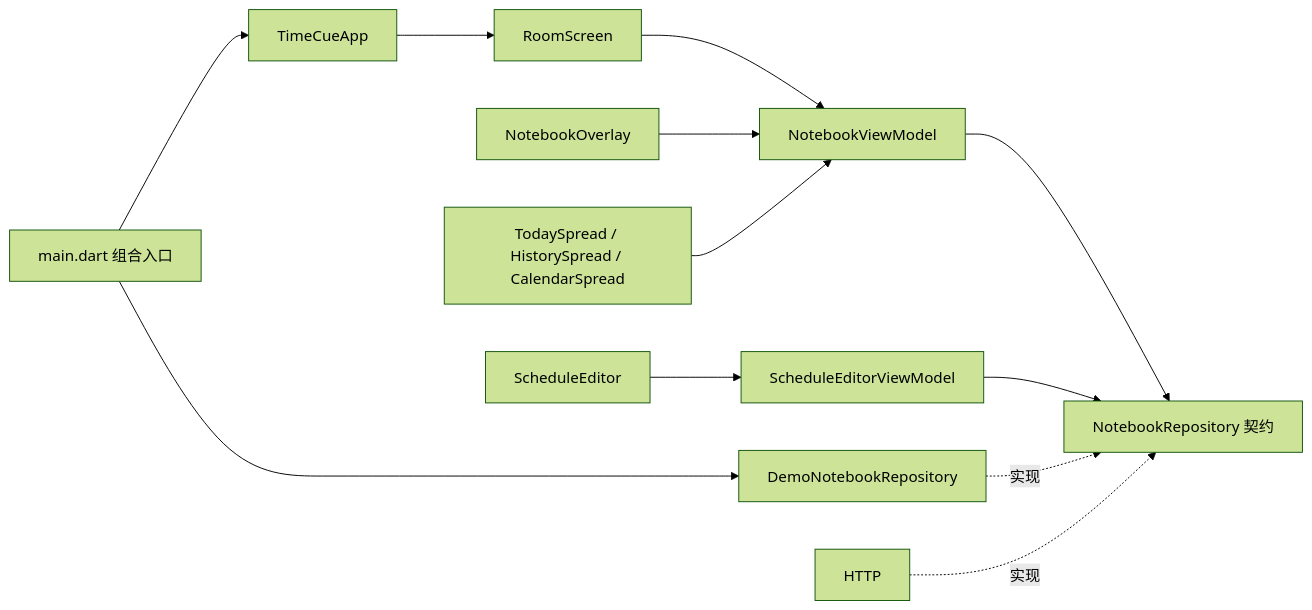
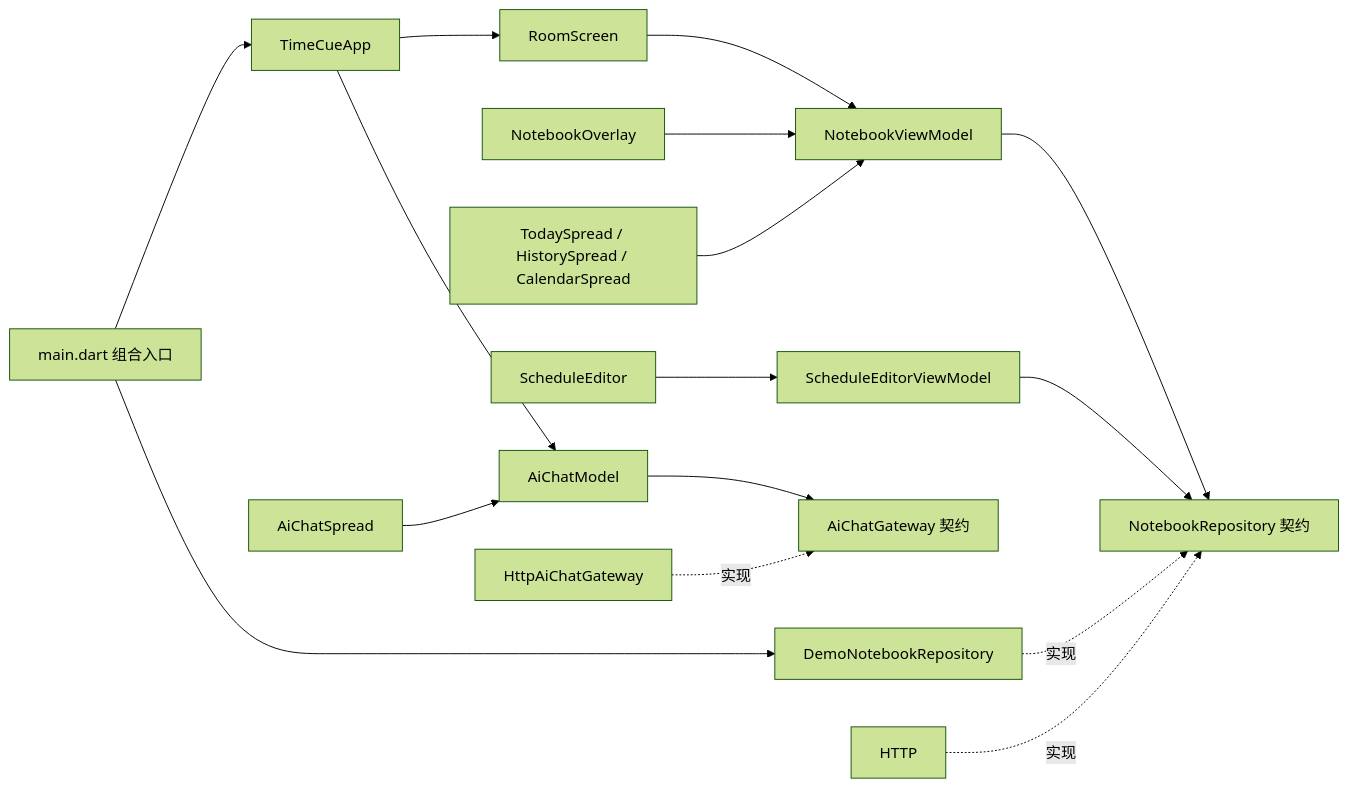
One commit to dengweitian0-svg/TimeCue changed the diagram in desktop/README.md. Above: the diagram before and after it, drawn with Mermaid (forest theme). The commit also changed other lines of this file and 25 other files, not shown here.

````diff
--- a/desktop/README.md
+++ b/desktop/README.md
@@ -124,14 +144,18 @@
 ```mermaid
 flowchart LR
   Main[main.dart 组合入口] --> Demo[DemoNotebookRepository]
   Main --> App[TimeCueApp]
   App --> Room[RoomScreen]
+  App --> ChatModel[AiChatModel]
   Room --> VM[NotebookViewModel]
   Overlay[NotebookOverlay] --> VM
   Spreads[TodaySpread / HistorySpread / CalendarSpread] --> VM
+  ChatSpread[AiChatSpread] --> ChatModel
+  ChatModel --> ChatContract[AiChatGateway 契约]
+  ChatHTTP[HttpAiChatGateway] -.实现.-> ChatContract
   Editor[ScheduleEditor] --> EVM[ScheduleEditorViewModel]
   VM --> Contract[NotebookRepository 契约]
   EVM --> Contract
   Demo -.实现.-> Contract
   HTTP -.实现.-> Contract
 ```
````
